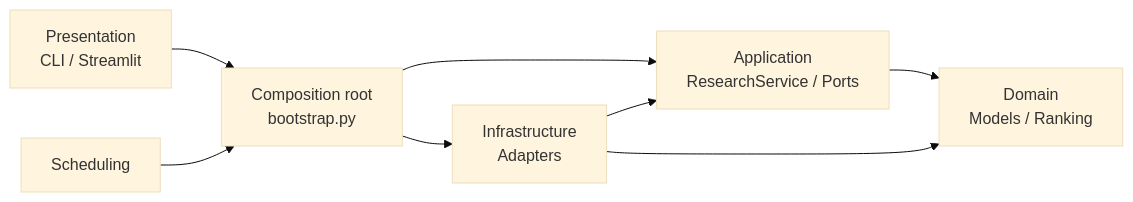
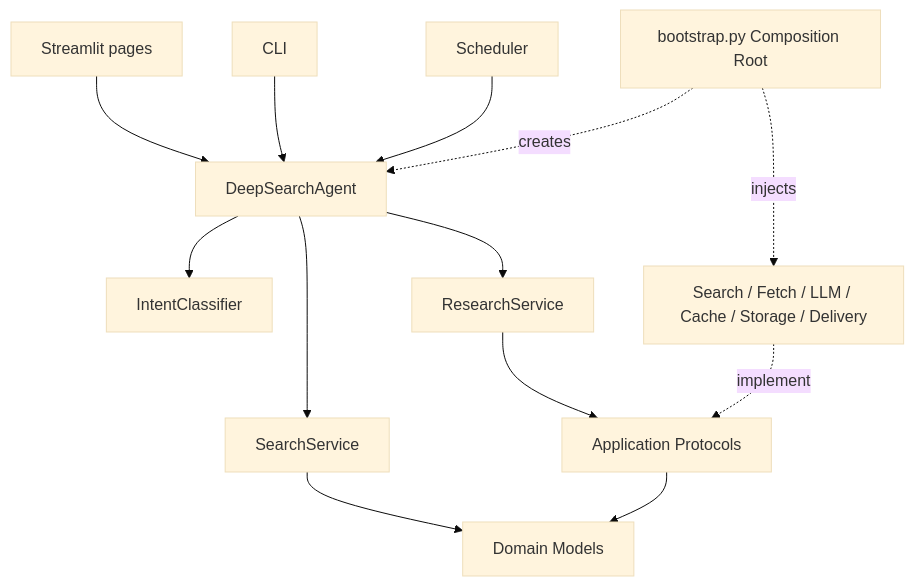
The first of 3 diagrams in docs/ARCHITECTURE.md (AllSuoHa/DeepSearch), drawn with Mermaid (base theme) before and after one commit. The commit also changed other lines of this file and 67 other files, not shown here.

Commit message:
feat: prepare DeepSearch app for cloud deployment

````diff
--- a/docs/ARCHITECTURE.md
+++ b/docs/ARCHITECTURE.md
@@ -17,10 +22,15 @@
 ```mermaid
-flowchart LR
-    PRES[Presentation<br/>CLI / Streamlit] --> BOOT[Composition root<br/>bootstrap.py]
-    SCHED[Scheduling] --> BOOT
-    BOOT --> APP[Application<br/>ResearchService / Ports]
-    BOOT --> INFRA[Infrastructure<br/>Adapters]
-    APP --> DOMAIN[Domain<br/>Models / Ranking]
-    INFRA --> APP
-    INFRA --> DOMAIN
+flowchart TB
+    WEB[Streamlit pages] --> FACADE[DeepSearchAgent]
+    CLI[CLI] --> FACADE
+    JOBS[Scheduler] --> FACADE
+    FACADE --> ROUTE[IntentClassifier]
+    FACADE --> SEARCH[SearchService]
+    FACADE --> RESEARCH[ResearchService]
+    RESEARCH --> PORTS[Application Protocols]
+    SEARCH --> DOMAIN[Domain Models]
+    PORTS --> DOMAIN
+    ADAPTERS[Search / Fetch / LLM / Cache / Storage / Delivery] -. implement .-> PORTS
+    BOOT[bootstrap.py Composition Root] -. creates .-> FACADE
+    BOOT -. injects .-> ADAPTERS
 ```
````
